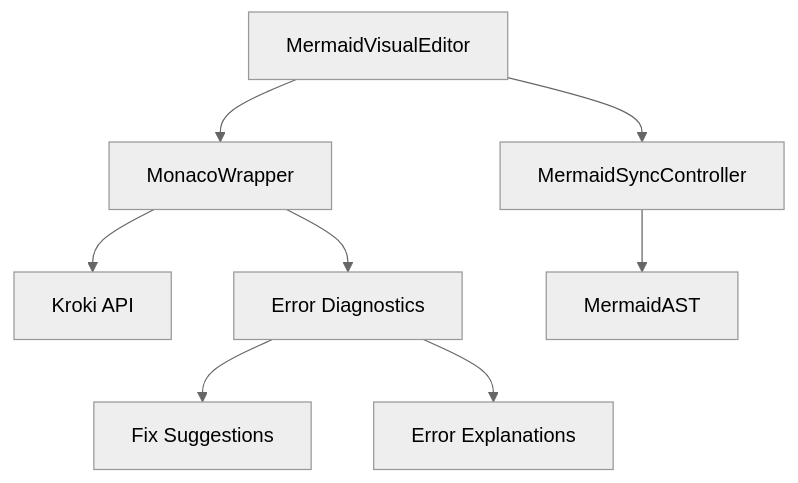
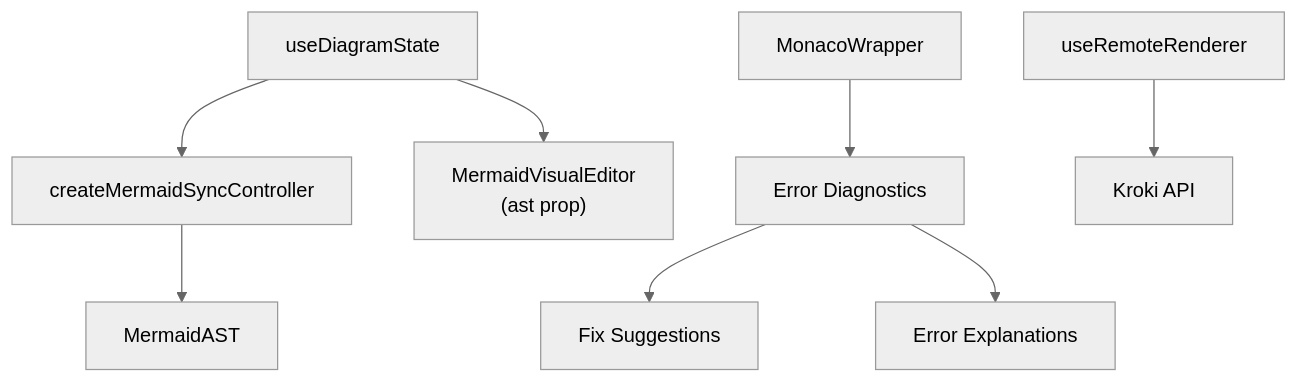
The sixth of 6 diagrams in .qoder/repowiki/en/content/Diagram Types and Formats/Mermaid Diagrams/Mermaid Diagrams.md (ongchonghian/universal-diagram-editor), drawn with Mermaid (neutral theme) before and after one commit. The commit also changed other lines of this file and 31 other files, not shown here.

````diff
--- a/.qoder/repowiki/en/content/Diagram Types and Formats/Mermaid Diagrams/Mermaid Diagrams.md
+++ b/.qoder/repowiki/en/content/Diagram Types and Formats/Mermaid Diagrams/Mermaid Diagrams.md
@@ -301,10 +268,10 @@
 ```mermaid
 graph TB
-MVE["MermaidVisualEditor"] --> MSync["MermaidSyncController"]
-MVE --> Monaco["MonacoWrapper"]
-Monaco --> Kroki["Kroki API"]
-Monaco --> Diag["Error Diagnostics"]
+UDS["useDiagramState"] --> MSync["createMermaidSyncController"]
 MSync --> AST["MermaidAST"]
+UDS --> MVE["MermaidVisualEditor<br/>(ast prop)"]
+Monaco["MonacoWrapper"] --> Diag["Error Diagnostics"]
+Preview["useRemoteRenderer"] --> Kroki["Kroki API"]
 Diag --> Fixes["Fix Suggestions"]
 Diag --> Explanations["Error Explanations"]
 ```
````
